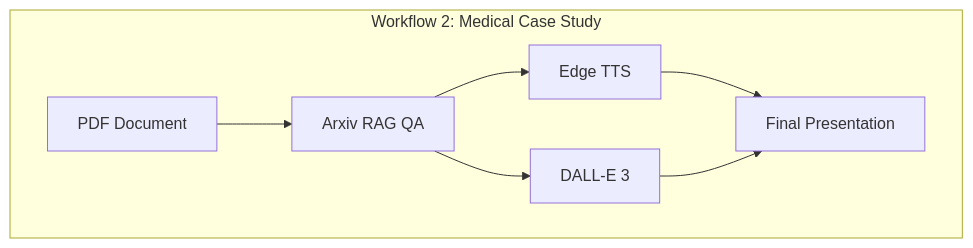
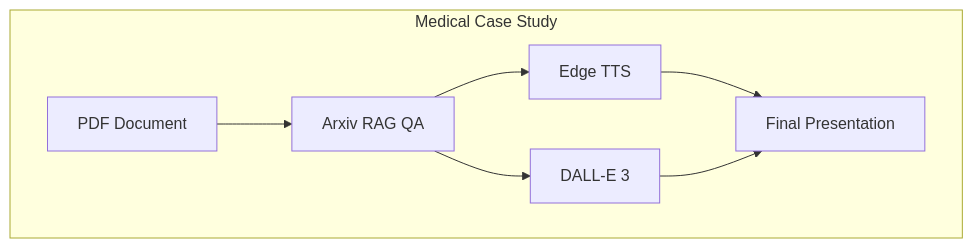
Before and after one commit to AaronCWacker/Yggdrasil: the second of 5 diagrams in Mermaid/MultimodalAIPipelines.md, drawn with Mermaid. The commit also changed other lines of this file, not shown here.

````diff
--- a/Mermaid/MultimodalAIPipelines.md
+++ b/Mermaid/MultimodalAIPipelines.md
@@ -19,10 +19,10 @@
 ```mermaid
 graph TD
-    subgraph "Workflow 2: Medical Case Study"
+    subgraph "Medical Case Study"
         DOC[PDF Document] --> RAG[Arxiv RAG QA]
         RAG --> TTS[Edge TTS]
         RAG --> IMG2[DALL-E 3]
         TTS --> FINAL[Final Presentation]
         IMG2 --> FINAL
     end
 ```
````
